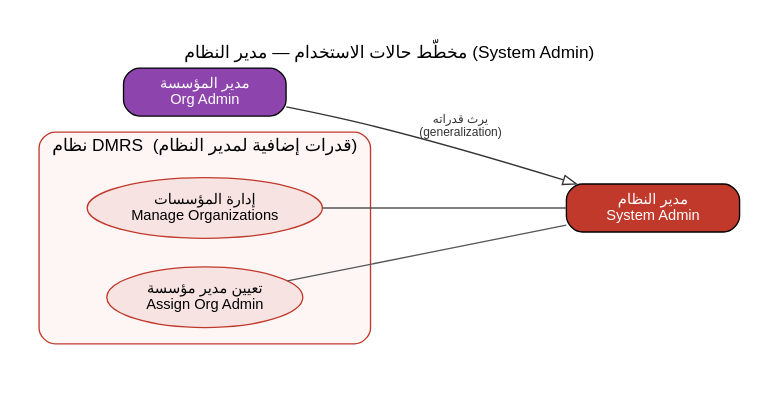
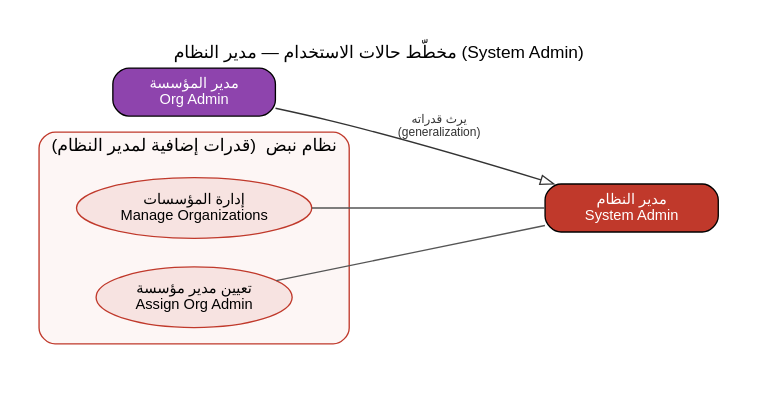
Before and after one commit to Khair69/DMRS: the diagram in docs/diagrams/usecase-sysadmin.dot, drawn with Graphviz. The commit also changed 64 other files, not shown here.

```diff
--- a/docs/diagrams/usecase-sysadmin.dot
+++ b/docs/diagrams/usecase-sysadmin.dot
@@ -1,32 +1,32 @@
 // Use-case diagram — System Admin / مدير النظام
 // Verified roles: Organizations Index/Create/Edit/History = SYS only; Organizations/Admins/Create = SYS.
 // Inherits Org Admin (and therefore Practitioner) capabilities — incl. CDS authoring (Cds/Admin = SYS+ORG),
 // External AI models, staff management — so those are shown on the Org Admin diagram, not duplicated here.
 // Render: dot -Tpng usecase-sysadmin.dot -o usecase-sysadmin.png
 digraph UC {
   rankdir=RL;
   graph [fontname="Arial", fontsize=13, labelloc="t",
          label="مخطّط حالات الاستخدام — مدير النظام (System Admin)", pad=0.3, nodesep=0.3, ranksep=1.3];
   node  [fontname="Arial", fontsize=11];
   edge  [fontname="Arial", fontsize=9, dir=none, color="#555555"];
 
   actor [shape=box, style="rounded,filled", fillcolor="#C0392B", fontcolor="white",
          label="مدير النظام\nSystem Admin", width=1.8];
   orgadmin [shape=box, style="rounded,filled", fillcolor="#8E44AD", fontcolor="white",
          label="مدير المؤسسة\nOrg Admin", width=1.7];
 
   // actor generalization: System Admin inherits Org Admin (→ Practitioner) use cases
   actor -> orgadmin [dir=back, arrowtail=onormal, style=solid, color="#333333",
                      label="يرث قدراته\n(generalization)", fontcolor="#333333"];
 
   subgraph cluster_sys {
-    label="نظام DMRS  (قدرات إضافية لمدير النظام)"; fontname="Arial"; fontsize=13;
+    label="نظام نبض  (قدرات إضافية لمدير النظام)"; fontname="Arial"; fontsize=13;
     style="rounded"; color="#C0392B"; bgcolor="#FDF6F5"; margin=12;
     node [shape=ellipse, style=filled, fillcolor="#F7E3E1", color="#C0392B"];
 
     u_orgs   [label="إدارة المؤسسات\nManage Organizations"];
     u_assign [label="تعيين مدير مؤسسة\nAssign Org Admin"];
   }
 
   actor -> { u_orgs u_assign };
 }
```
